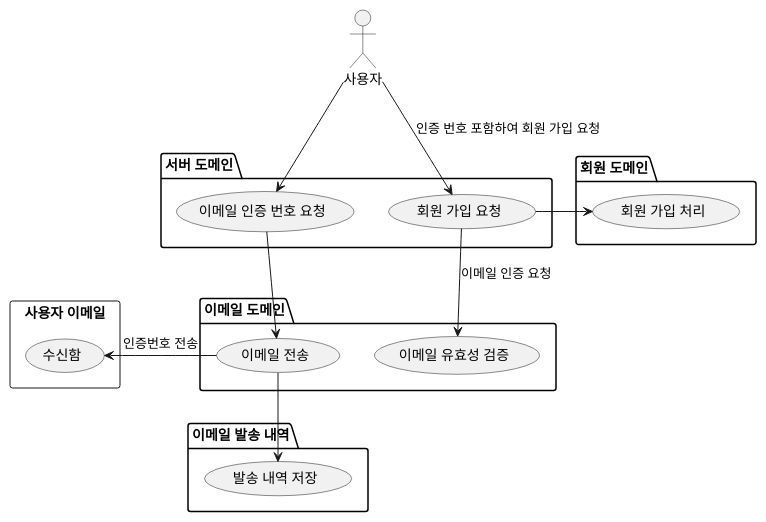
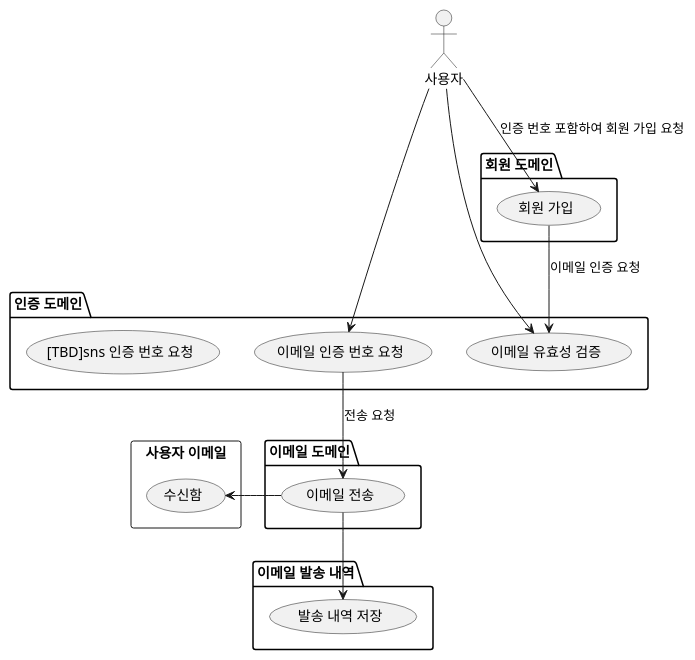
Before and after one commit to dykim-base-project/boot2-hexagonal: the diagram in .uml/signup/UseCase.puml, drawn with PlantUML. The commit also changed 105 other files, not shown here.

First line of the commit message:
feat: 인증 도메인 및 이메일 인증 번호 발송 기능 일부 구현

```diff
--- a/.uml/signup/UseCase.puml
+++ b/.uml/signup/UseCase.puml
@@ -1,35 +1,35 @@
 @startuml
 
 actor 사용자
 
-package "서버 도메인" {
-  (이메일 인증 번호 요청)
-  (회원 가입 요청)
-}
-
 package "이메일 도메인" {
   (이메일 전송)
-  (이메일 유효성 검증)
 }
 
 package "이메일 발송 내역" {
     (발송 내역 저장)
 }
 
 rectangle "사용자 이메일" {
   (수신함)
 }
 
 package "회원 도메인" {
-  (회원 가입 처리)
+  (회원 가입)
 }
 
-(수신함) <- (이메일 전송): 인증번호 전송
+package "인증 도메인" {
+  (이메일 인증 번호 요청)
+  (이메일 유효성 검증)
+  ([TBD]sns 인증 번호 요청)
+}
+
+(수신함) <- (이메일 전송)
 사용자 -> (이메일 인증 번호 요청)
-(이메일 인증 번호 요청) --> (이메일 전송)
+사용자 -> (이메일 유효성 검증)
+(이메일 인증 번호 요청) --> (이메일 전송): 전송 요청
 (이메일 전송) --> (발송 내역 저장)
 
-사용자 --> (회원 가입 요청): 인증 번호 포함하여 회원 가입 요청
-(회원 가입 요청) -> (이메일 유효성 검증): 이메일 인증 요청
-(회원 가입 요청) -> (회원 가입 처리)
+사용자 --> (회원 가입): 인증 번호 포함하여 회원 가입 요청
+(회원 가입) --> (이메일 유효성 검증): 이메일 인증 요청
 @enduml
```
